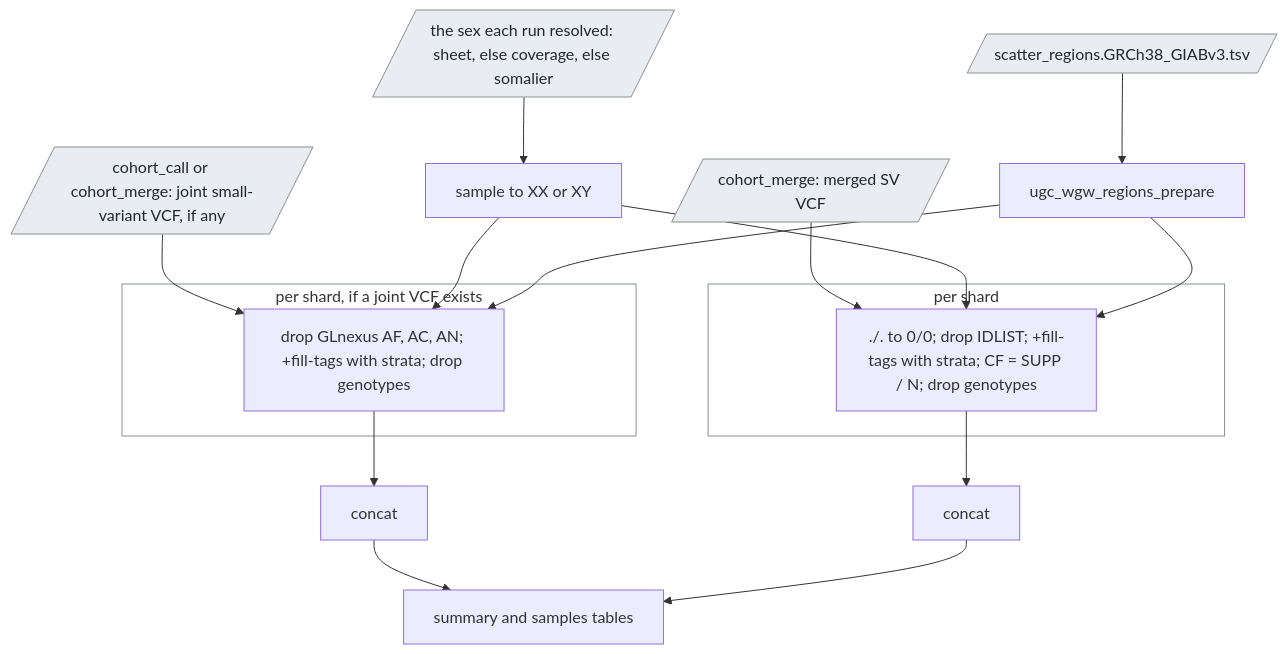
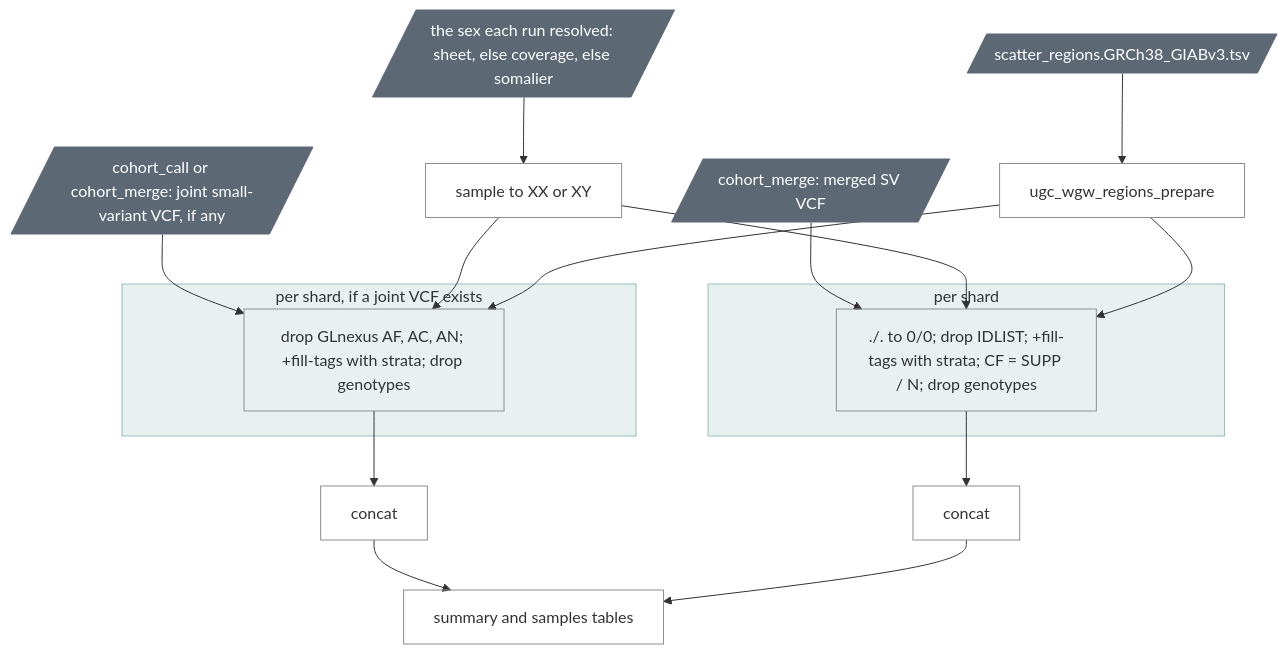
The diagram in docs/guide/stages/cohort_freq.md (UppsalaGenomeCenter/ugc-wgw), drawn with Mermaid before and after one commit. The commit also changed 51 other files, not shown here.

````diff
--- a/docs/guide/stages/cohort_freq.md
+++ b/docs/guide/stages/cohort_freq.md
@@ -17,22 +17,23 @@
 ```mermaid
 flowchart TD
   regions[/"scatter_regions.GRCh38_GIABv3.tsv"/]:::data --> prep["ugc_wgw_regions_prepare"]
   sv[/"cohort_merge: merged SV VCF"/]:::data --> f2
   jv[/"cohort_call or cohort_merge: joint small-variant VCF, if any"/]:::data --> f1
   sheet[/"the sex each run resolved: sheet, else coverage, else somalier"/]:::data --> groups["sample to XX or XY"]
   groups --> f1
   groups --> f2
   subgraph sm["per shard, if a joint VCF exists"]
     f1["drop GLnexus AF, AC, AN; +fill-tags with strata; drop genotypes"]
   end
   subgraph svs["per shard"]
     f2["./. to 0/0; drop IDLIST; +fill-tags with strata; CF = SUPP / N; drop genotypes"]
   end
   prep --> f1
   prep --> f2
   f1 --> c1["concat"] --> sum["summary and samples tables"]
   f2 --> c2["concat"] --> sum
-  classDef data fill:#e9edf1,stroke:#8a8f95,color:#22272e
-  classDef box fill:none,stroke:#8a8f95
+  classDef default fill:none,stroke:#8a8f95
+  classDef data fill:#5d6875,stroke:#5d6875,color:#ffffff
+  classDef box fill:#1f7a70,fill-opacity:0.10,stroke:#1f7a70,stroke-opacity:0.45
   class sm,svs box
 ```
````
